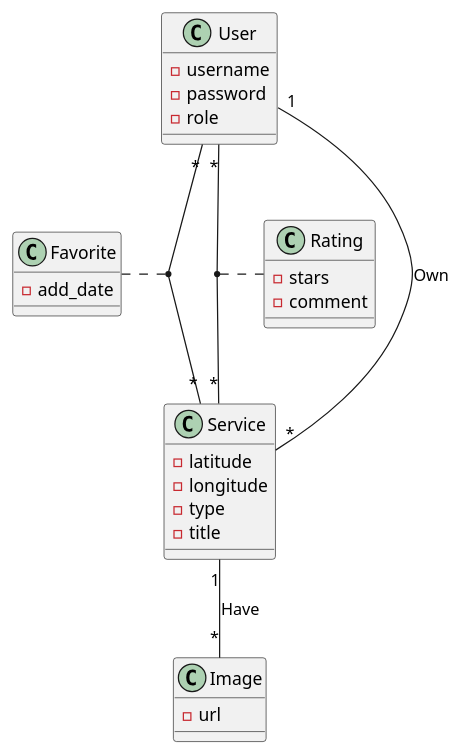
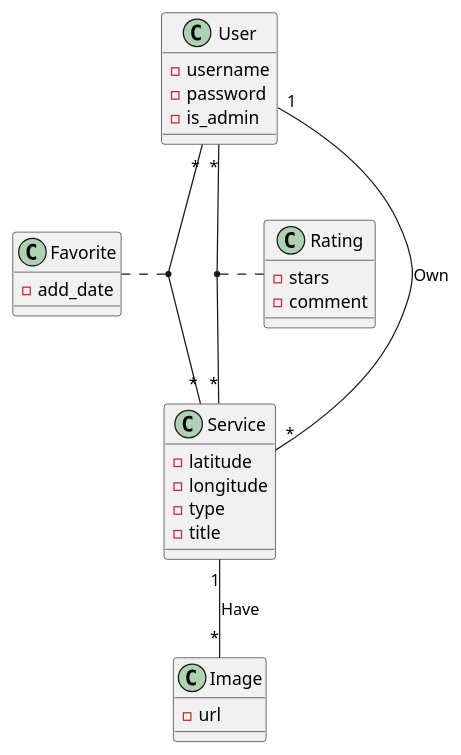
Before and after one commit to techguyseli/touristy: the diagram in rapport/uml/plantuml/class.pu, drawn with PlantUML. The commit also changed 1 other file, not shown here.

Commit message:
fixed class diagram2

```diff
--- a/rapport/uml/plantuml/class.pu
+++ b/rapport/uml/plantuml/class.pu
@@ -1,31 +1,31 @@
 @startuml class_diag
 
 class User
 User : -username
 User : -password
-User : -role
+User : -is_admin
 User "*" -- "*" Service
 (User, Service) . Favorite
 User "*" -- "*" Service
 (User, Service) . Rating
 User "1" -- "*" Service : Own
 
 class Service
 Service : -latitude
 Service : -longitude
 Service : -type
 Service : -title
 Service "1" -- "*" Image : Have
 
 class Image
 Image : -url
 
 class Favorite
 Favorite : -add_date
 
 class Rating
 Rating : -stars
 Rating : -comment
 
 
 @enduml
```
